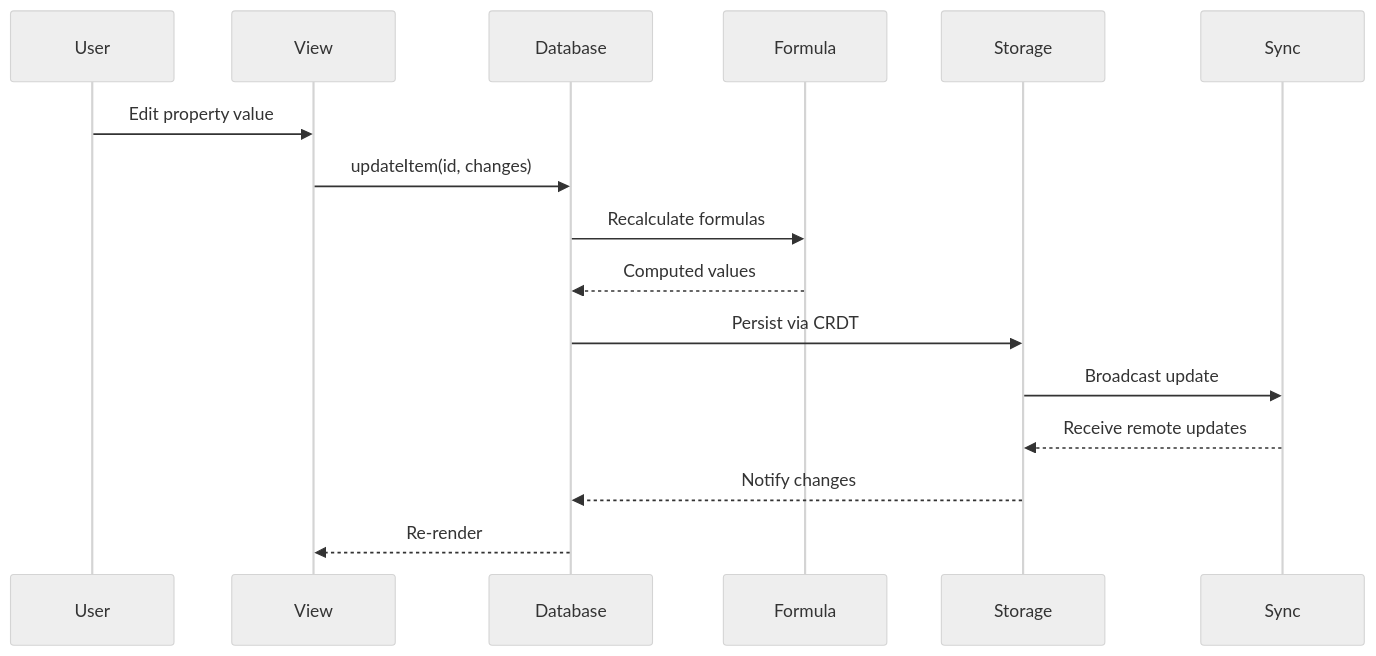
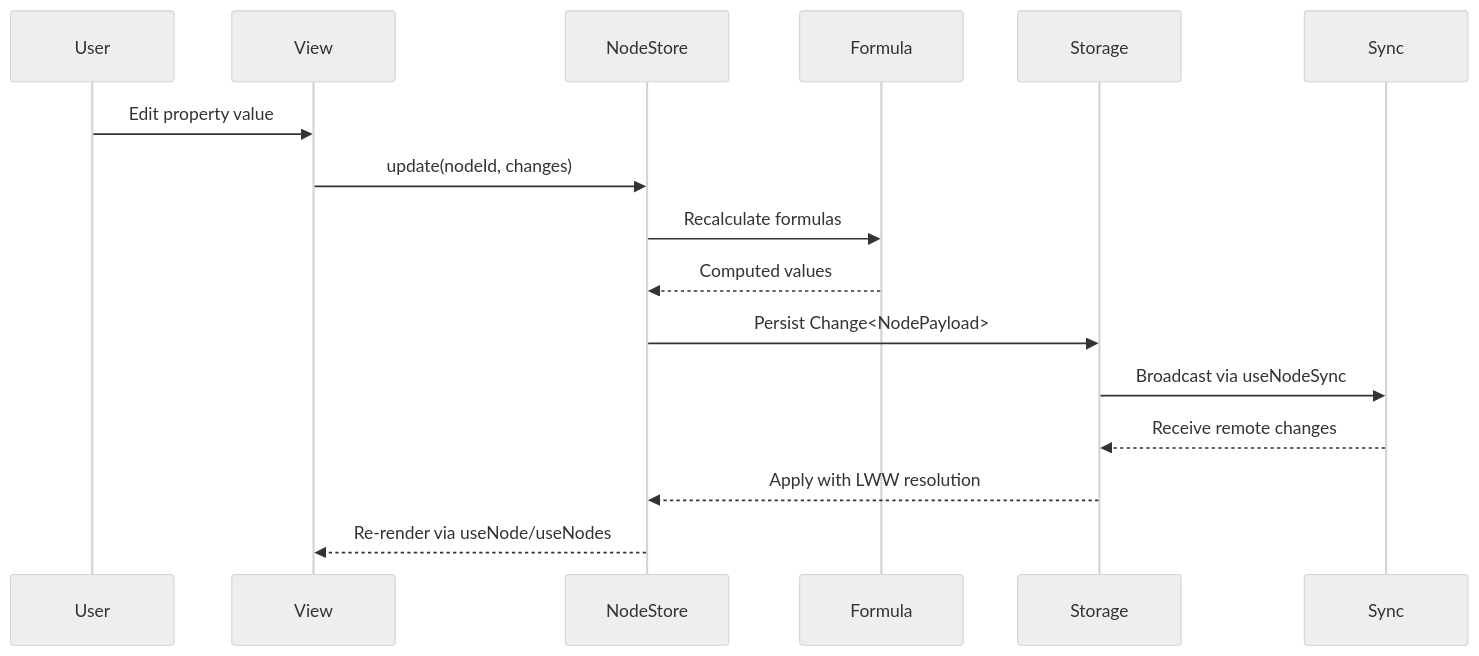
The second of 3 diagrams in docs/planStep02DatabasePlatform/00-overview.md (crs48/xNet), drawn with Mermaid (neutral theme) before and after one commit. The commit also changed other lines of this file and 23 other files, not shown here.

First line of the commit message:
Update planning docs for schema-first Node architecture

````diff
--- a/docs/planStep02DatabasePlatform/00-overview.md
+++ b/docs/planStep02DatabasePlatform/00-overview.md
@@ -159,19 +256,19 @@
 ```mermaid
 sequenceDiagram
     participant User
     participant View
-    participant Database
+    participant NodeStore
     participant Formula
     participant Storage
     participant Sync
 
     User->>View: Edit property value
-    View->>Database: updateItem(id, changes)
-    Database->>Formula: Recalculate formulas
-    Formula-->>Database: Computed values
-    Database->>Storage: Persist via CRDT
-    Storage->>Sync: Broadcast update
-    Sync-->>Storage: Receive remote updates
-    Storage-->>Database: Notify changes
-    Database-->>View: Re-render
+    View->>NodeStore: update(nodeId, changes)
+    NodeStore->>Formula: Recalculate formulas
+    Formula-->>NodeStore: Computed values
+    NodeStore->>Storage: Persist Change<NodePayload>
+    Storage->>Sync: Broadcast via useNodeSync
+    Sync-->>Storage: Receive remote changes
+    Storage-->>NodeStore: Apply with LWW resolution
+    NodeStore-->>View: Re-render via useNode/useNodes
 ```
````
